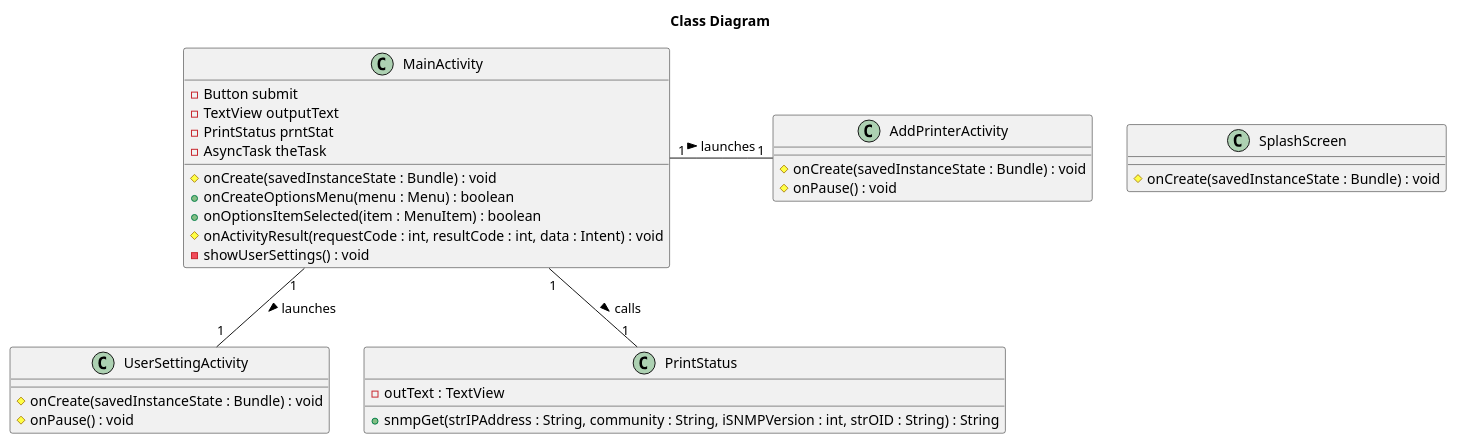
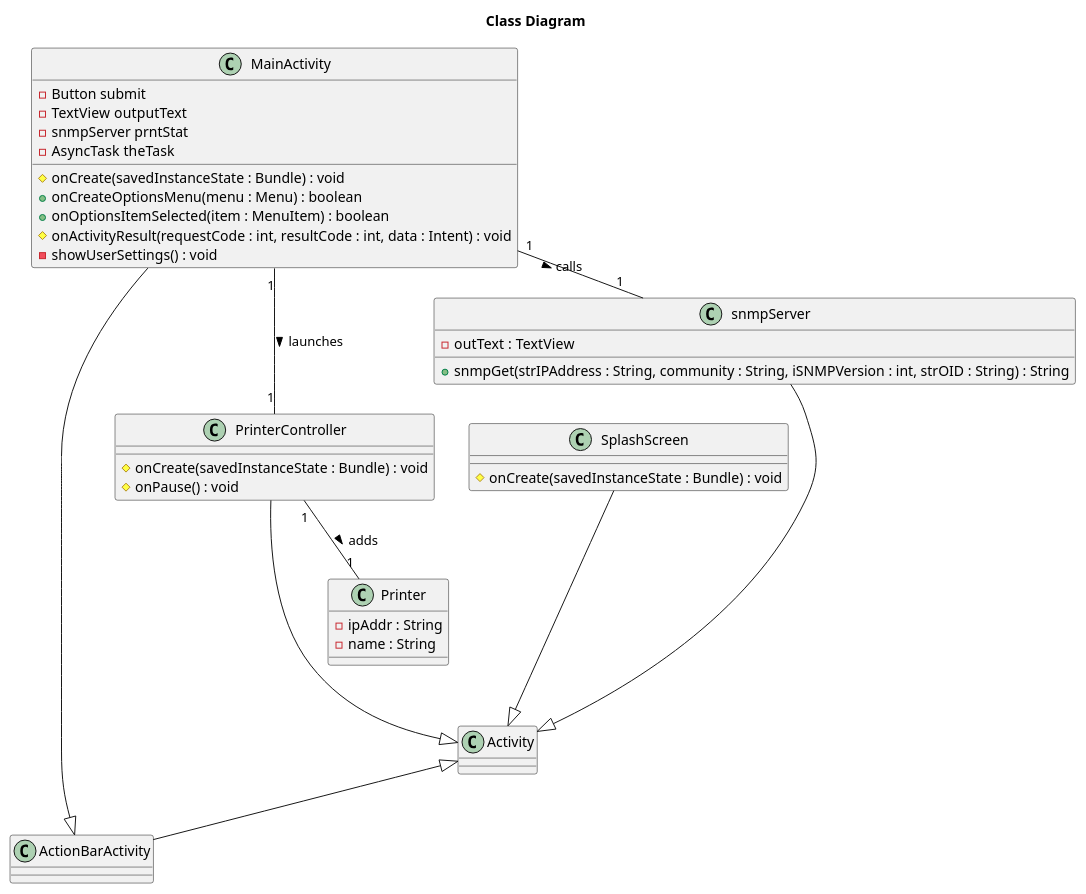
Before and after one commit to phillipjf/SNMPrint: the diagram in app/UML/DesignClassDiagram/ClassDiagram.puml, drawn with PlantUML. The commit also changed 1 other file, not shown here.

```diff
--- a/app/UML/DesignClassDiagram/ClassDiagram.puml
+++ b/app/UML/DesignClassDiagram/ClassDiagram.puml
@@ -1,35 +1,44 @@
 @startuml
 title Class Diagram
 
+class Activity
+class ActionBarActivity
 class SplashScreen
 class MainActivity
-class UserSettingActivity
-class AddPrinterActivity
-class PrintStatus
+class PrinterController
+class snmpServer
+class Printer
+
+Activity <|-- ActionBarActivity
+MainActivity --|> ActionBarActivity
+SplashScreen ---|> Activity
+PrinterController ---|> Activity
+snmpServer ---|> Activity
 
 SplashScreen : #onCreate(savedInstanceState : Bundle) : void
 
 MainActivity : -Button submit
 MainActivity : -TextView outputText
-MainActivity : -PrintStatus prntStat
+MainActivity : -snmpServer prntStat
 MainActivity : -AsyncTask theTask
 MainActivity : #onCreate(savedInstanceState : Bundle) : void
 MainActivity : +onCreateOptionsMenu(menu : Menu) : boolean
 MainActivity : +onOptionsItemSelected(item : MenuItem) : boolean
 MainActivity : #onActivityResult(requestCode : int, resultCode : int, data : Intent) : void
 MainActivity : -showUserSettings() : void
 
-UserSettingActivity : #onCreate(savedInstanceState : Bundle) : void
-UserSettingActivity : #onPause() : void
+PrinterController : #onCreate(savedInstanceState : Bundle) : void
+PrinterController : #onPause() : void
 
-AddPrinterActivity : #onCreate(savedInstanceState : Bundle) : void
-AddPrinterActivity : #onPause() : void
+snmpServer : -outText : TextView
+snmpServer : +snmpGet(strIPAddress : String, community : String, iSNMPVersion : int, strOID : String) : String
 
-PrintStatus : -outText : TextView
-PrintStatus : +snmpGet(strIPAddress : String, community : String, iSNMPVersion : int, strOID : String) : String
+Printer : -ipAddr : String
+Printer : -name : String
 
-MainActivity "1" -- "1" UserSettingActivity : launches >
-MainActivity "1" - "1" AddPrinterActivity : launches >
-MainActivity "1" -- "1" PrintStatus : calls >
+MainActivity "1" -- "1" PrinterController : launches >
+MainActivity "1" - "1" snmpServer : calls >
+
+PrinterController "1" -- "1" Printer : adds >
 
 @enduml
```
